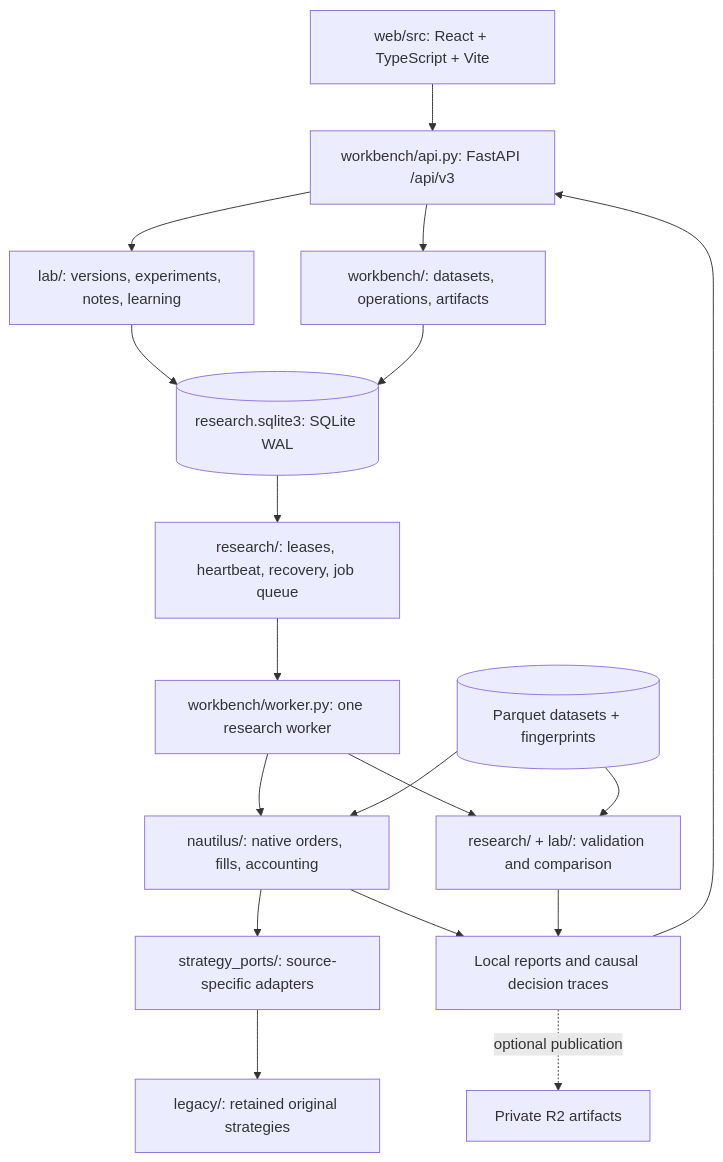
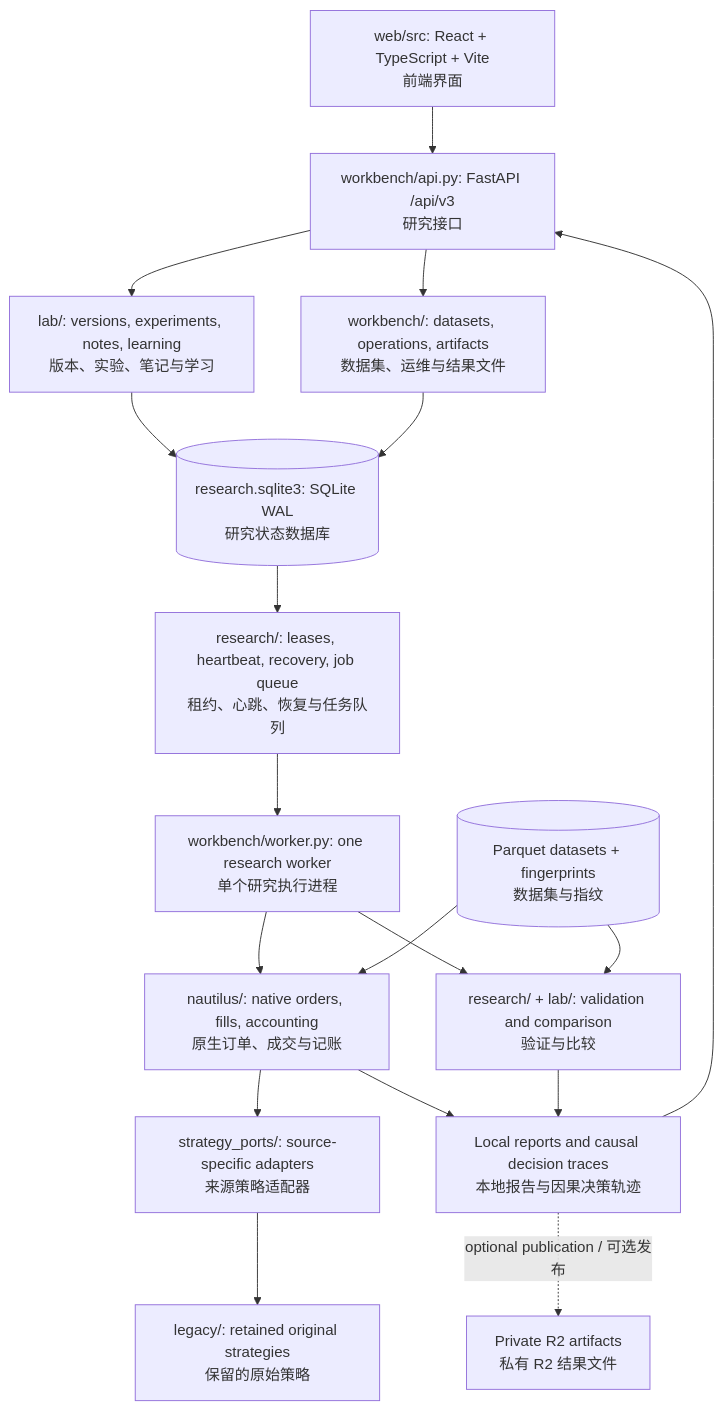
Before and after one commit to bridge-win/qt: the first of 4 diagrams in docs/technical-architecture.md, drawn with Mermaid. The commit also changed other lines of this file and 2 other files, not shown here.

````diff
--- a/docs/technical-architecture.md
+++ b/docs/technical-architecture.md
@@ -10,20 +13,20 @@
 ```mermaid
 flowchart TD
-  UI["web/src: React + TypeScript + Vite"] --> API["workbench/api.py: FastAPI /api/v3"]
-  API --> LAB["lab/: versions, experiments, notes, learning"]
-  API --> OPS["workbench/: datasets, operations, artifacts"]
-  LAB --> DB[("research.sqlite3: SQLite WAL")]
+  UI["web/src: React + TypeScript + Vite<br/>前端界面"] --> API["workbench/api.py: FastAPI /api/v3<br/>研究接口"]
+  API --> LAB["lab/: versions, experiments, notes, learning<br/>版本、实验、笔记与学习"]
+  API --> OPS["workbench/: datasets, operations, artifacts<br/>数据集、运维与结果文件"]
+  LAB --> DB[("research.sqlite3: SQLite WAL<br/>研究状态数据库")]
   OPS --> DB
-  DB --> Q["research/: leases, heartbeat, recovery, job queue"]
-  Q --> W["workbench/worker.py: one research worker"]
-  W --> N["nautilus/: native orders, fills, accounting"]
-  W --> R["research/ + lab/: validation and comparison"]
-  N --> PORTS["strategy_ports/: source-specific adapters"]
-  PORTS --> LEGACY["legacy/: retained original strategies"]
-  DATA[("Parquet datasets + fingerprints")] --> N
+  DB --> Q["research/: leases, heartbeat, recovery, job queue<br/>租约、心跳、恢复与任务队列"]
+  Q --> W["workbench/worker.py: one research worker<br/>单个研究执行进程"]
+  W --> N["nautilus/: native orders, fills, accounting<br/>原生订单、成交与记账"]
+  W --> R["research/ + lab/: validation and comparison<br/>验证与比较"]
+  N --> PORTS["strategy_ports/: source-specific adapters<br/>来源策略适配器"]
+  PORTS --> LEGACY["legacy/: retained original strategies<br/>保留的原始策略"]
+  DATA[("Parquet datasets + fingerprints<br/>数据集与指纹")] --> N
   DATA --> R
-  N --> OUT["Local reports and causal decision traces"]
+  N --> OUT["Local reports and causal decision traces<br/>本地报告与因果决策轨迹"]
   R --> OUT
   OUT --> API
-  OUT -. optional publication .-> R2["Private R2 artifacts"]
+  OUT -. optional publication / 可选发布 .-> R2["Private R2 artifacts<br/>私有 R2 结果文件"]
 ```
````
